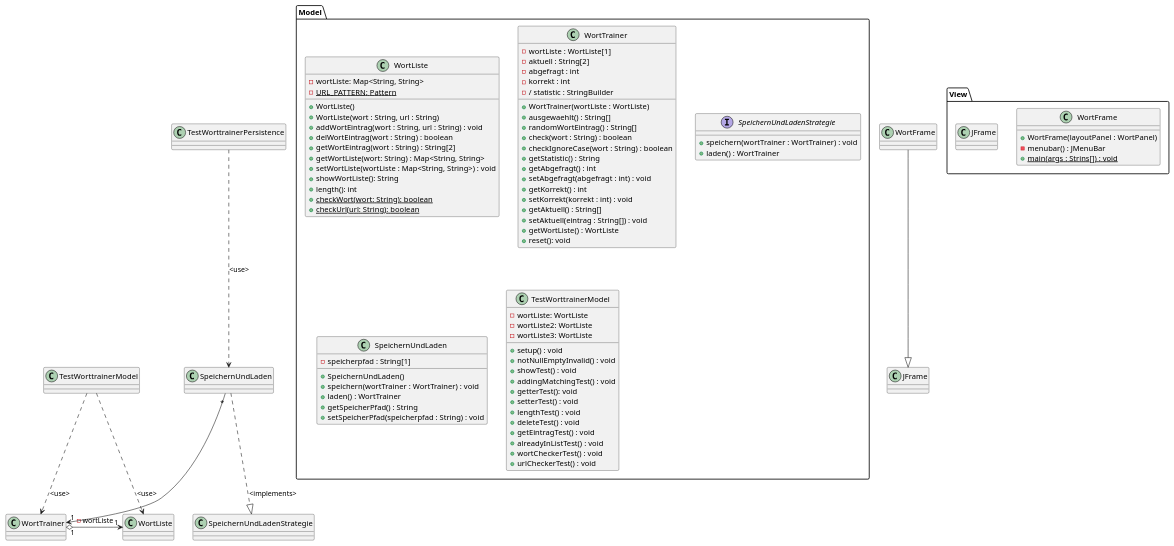
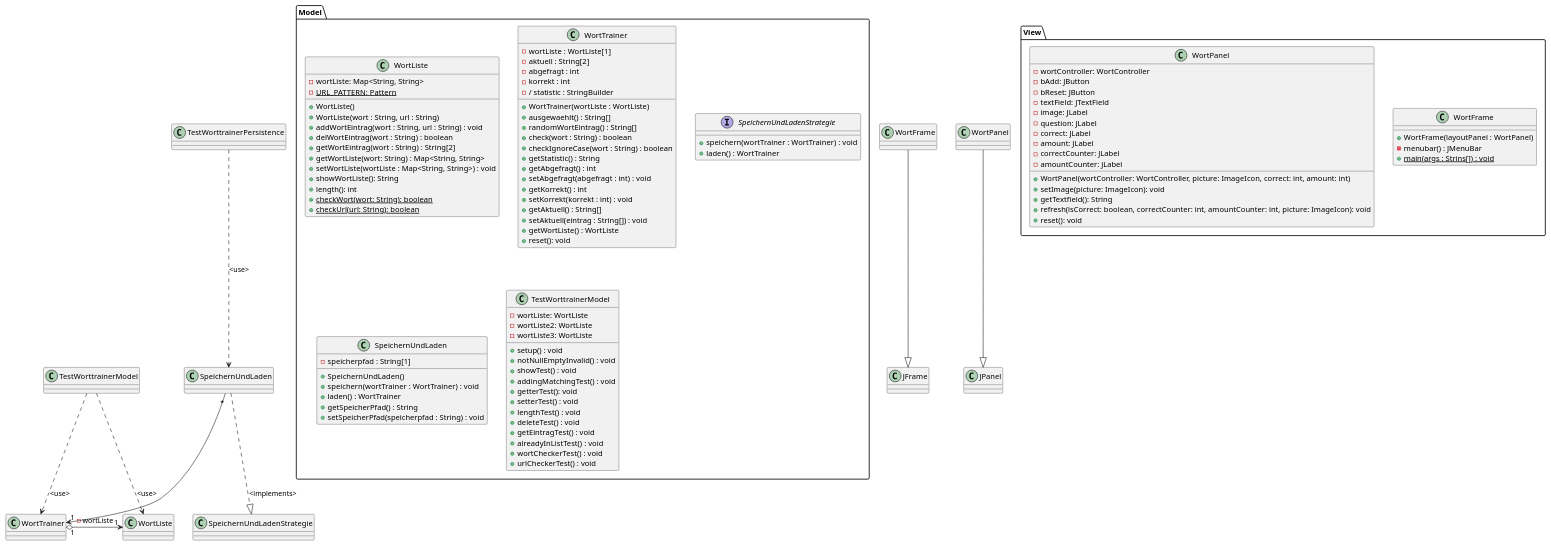
One commit to TGM-HIT/sew9-2425-worttrainer-Batscho changed the diagram in src/main/resources/Worttrainer Reloaded.puml. Above: the diagram before and after it, drawn with PlantUML.

Commit message:
[GK] Worttrainer Reloaded Commit 51: Jetzt wurde das UML erweitert um ein Panel, denn ohne einem Panel welches von JPanel erbt ist der Top-Level-Container ziemlich einsam.

```diff
--- a/src/main/resources/Worttrainer Reloaded.puml
+++ b/src/main/resources/Worttrainer Reloaded.puml
@@ -1,93 +1,110 @@
 @startuml
 'https://plantuml.com/class-diagram
 
 TestWorttrainerModel ..> WortListe : <use>
 TestWorttrainerModel ..> WortTrainer : <use>
 TestWorttrainerPersistence ..> SpeichernUndLaden : <use>
 WortTrainer "1" o-> "1" WortListe : - wortListe
 SpeichernUndLaden "*" --> "1" WortTrainer
 SpeichernUndLaden ..|> SpeichernUndLadenStrategie : <implements>
 WortFrame --|> JFrame
+WortPanel --|> JPanel
 
 package Model {
 class WortListe {
 - wortListe: Map<String, String>
 - {static} URL_PATTERN: Pattern
 + WortListe()
 + WortListe(wort : String, url : String)
 + addWortEintrag(wort : String, url : String) : void
 + delWortEintrag(wort : String) : boolean
 + getWortEintrag(wort : String) : String[2]
 + getWortListe(wort: String) : Map<String, String>
 + setWortListe(wortListe : Map<String, String>) : void
 + showWortListe(): String
 + length(): int
 + {static} checkWort(wort: String): boolean
 + {static} checkUrl(url: String): boolean
 }
 
 class WortTrainer {
 - wortListe : WortListe[1]
 - aktuell : String[2]
 - abgefragt : int
 - korrekt : int
 - / statistic : StringBuilder
 + WortTrainer(wortListe : WortListe)
 + ausgewaehlt() : String[]
 + randomWortEintrag() : String[]
 + check(wort : String) : boolean
 + checkIgnoreCase(wort : String) : boolean
 + getStatistic() : String
 + getAbgefragt() : int
 + setAbgefragt(abgefragt : int) : void
 + getKorrekt() : int
 + setKorrekt(korrekt : int) : void
 + getAktuell() : String[]
 + setAktuell(eintrag : String[]) : void
 + getWortListe() : WortListe
 + reset(): void
 }
 
 interface SpeichernUndLadenStrategie {
 + speichern(wortTrainer : WortTrainer) : void
 + laden() : WortTrainer
 }
 
 class SpeichernUndLaden {
 - speicherpfad : String[1]
 + SpeichernUndLaden()
 + speichern(wortTrainer : WortTrainer) : void
 + laden() : WortTrainer
 + getSpeicherPfad() : String
 + setSpeicherPfad(speicherpfad : String) : void
 }
 
 
 class TestWorttrainerModel {
 - wortListe: WortListe
 - wortListe2: WortListe
 - wortListe3: WortListe
 + setup() : void
 + notNullEmptyInvalid() : void
 + showTest() : void
 + addingMatchingTest() : void
 + getterTest(): void
 + setterTest() : void
 + lengthTest() : void
 + deleteTest() : void
 + getEintragTest() : void
 + alreadyInListTest() : void
 + wortCheckerTest() : void
 + urlCheckerTest() : void
 }
 }
 
 package View {
 class WortFrame {
 + WortFrame(layoutPanel : WortPanel)
 - menubar() : JMenuBar
 + {static} main(args : Strins[]) : void
 }
-class JFrame{}
+class WortPanel {
+- wortController: WortController
+- bAdd: JButton
+- bReset: JButton
+- textField: JTextField
+- image: JLabel
+- question: JLabel
+- correct: JLabel
+- amount: JLabel
+- correctCounter: JLabel
+- amountCounter: JLabel
++ WortPanel(wortController: WortController, picture: ImageIcon, correct: int, amount: int)
++ setImage(picture: ImageIcon): void
++ getTextfield(): String
++ refresh(isCorrect: boolean, correctCounter: int, amountCounter: int, picture: ImageIcon): void
++ reset(): void
+}
 }
 @enduml
```
